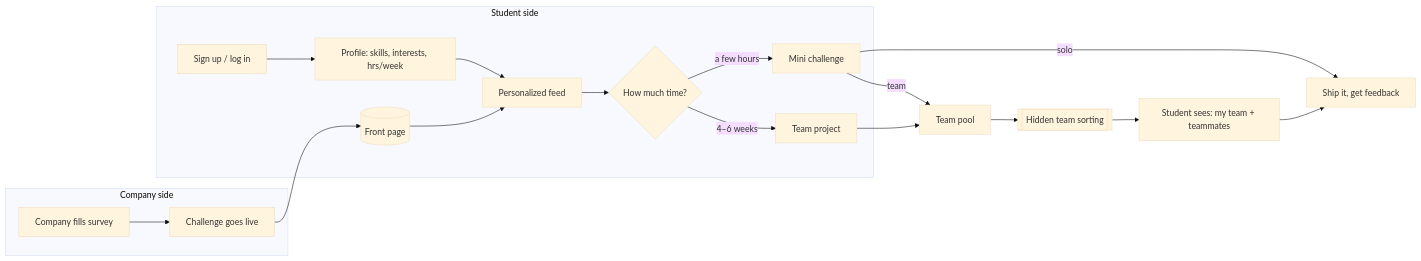
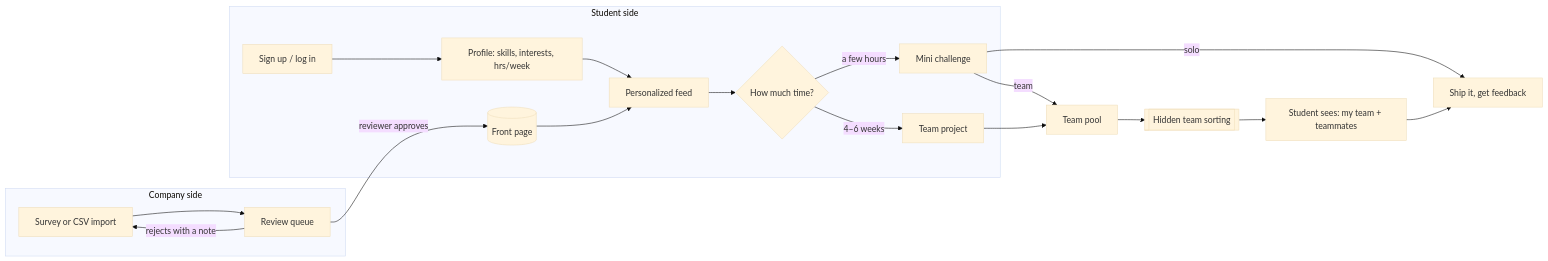
Before and after one commit to alinaliu2025/rungs: the diagram in README.md, drawn with Mermaid (base theme). The commit also changed other lines of this file and 21 other files, not shown here.

First line of the commit message:
Add team simulator, CSV import and review queue

````diff
--- a/README.md
+++ b/README.md
@@ -19,23 +19,24 @@
 ```mermaid
 flowchart LR
   subgraph Company side
-    C1[Company fills survey] --> C2[Challenge goes live]
+    C1[Survey or CSV import] --> C2[Review queue]
   end
-  C2 --> FP[(Front page)]
+  C2 -->|reviewer approves| FP[(Front page)]
+  C2 -->|rejects with a note| C1
 
   subgraph Student side
     S1[Sign up / log in] --> S2[Profile: skills, interests, hrs/week]
     S2 --> S3[Personalized feed]
     FP --> S3
     S3 --> S4{How much time?}
     S4 -->|a few hours| M[Mini challenge]
     S4 -->|4–6 weeks| P[Team project]
   end
 
   M -->|solo| DONE[Ship it, get feedback]
   M -->|team| POOL
   P --> POOL[Team pool]
   POOL --> TS[[Hidden team sorting]]
   TS --> T[Student sees: my team + teammates]
   T --> DONE
 ```
````
